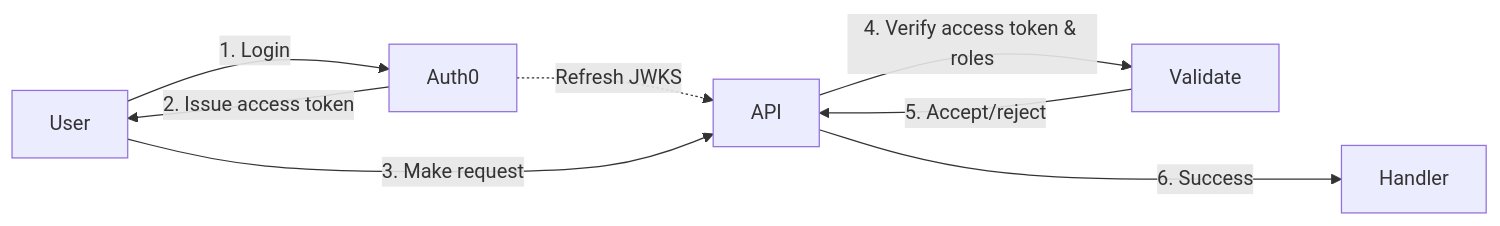
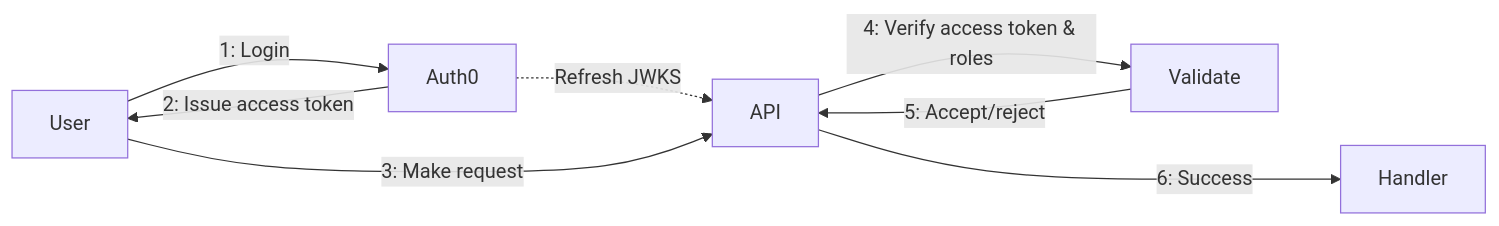
Before and after one commit to danielgtaylor/huma: the first of 2 diagrams in docs/docs/how-to/oauth2-jwt.md, drawn with Mermaid.

Commit message:
fix oauth2-jwt.md mermaid rendering issue

````diff
--- a/docs/docs/how-to/oauth2-jwt.md
+++ b/docs/docs/how-to/oauth2-jwt.md
@@ -19,10 +19,10 @@
 ```mermaid
 graph LR
-	User -->|1. Login| Auth0
-	Auth0 -->|2. Issue access token| User
+	User -->|1: Login| Auth0
+	Auth0 -->|2: Issue access token| User
 	Auth0 -.->|Refresh JWKS| API
-	User --->|3. Make request| API
-	API -->|4. Verify access token & roles| Validate
-	Validate -->|5. Accept/reject| API
-	API --->|6. Success| Handler
+	User --->|3: Make request| API
+	API -->|4: Verify access token & roles| Validate
+	Validate -->|5: Accept/reject| API
+	API --->|6: Success| Handler
 ```
````
